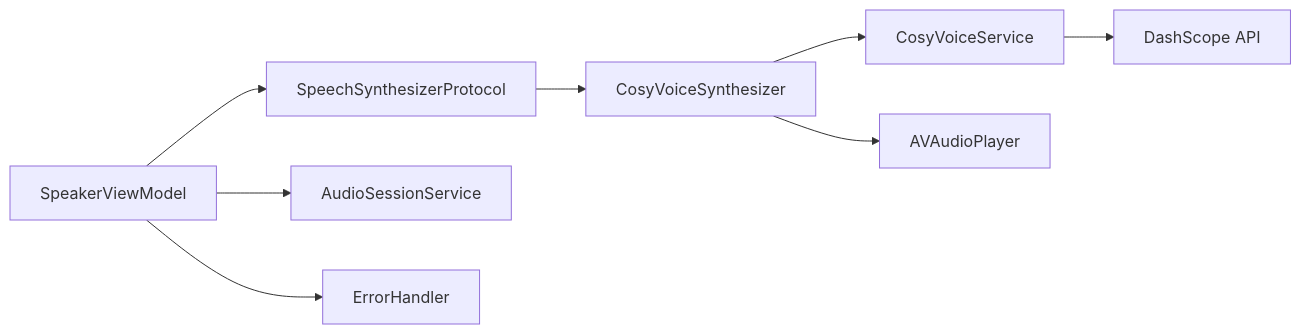
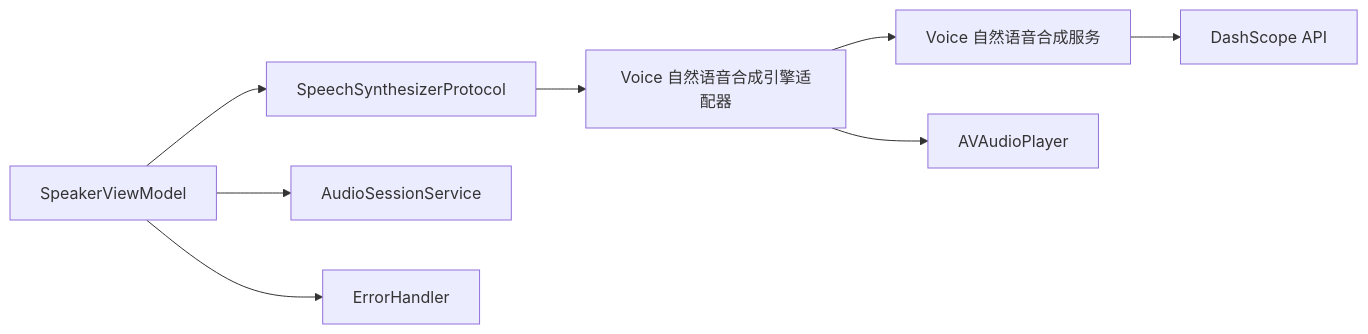
One commit to Primoguo/Knowledge changed the fifth of 5 diagrams in .qoder/repowiki/zh/content/架构设计/服务层设计/AI 语音合成服务.md. Above: the diagram before and after it, drawn with Mermaid. The commit also changed other lines of this file and 23 other files, not shown here.

Commit message:
refactor: remove CosyVoice TTS engine, keep Edge TTS + system TTS only

````diff
--- a/.qoder/repowiki/zh/content/架构设计/服务层设计/AI 语音合成服务.md
+++ b/.qoder/repowiki/zh/content/架构设计/服务层设计/AI 语音合成服务.md
@@ -321,10 +338,10 @@
 ```mermaid
 graph LR
 VM["SpeakerViewModel"] --> Proto["SpeechSynthesizerProtocol"]
-Proto --> Synth["CosyVoiceSynthesizer"]
-Synth --> Svc["CosyVoiceService"]
+Proto --> Synth["Voice 自然语音合成引擎适配器"]
+Synth --> Svc["Voice 自然语音合成服务"]
 Svc --> DS["DashScope API"]
 Synth --> Player["AVAudioPlayer"]
 VM --> AudioSess["AudioSessionService"]
 VM --> ErrHdl["ErrorHandler"]
 ```
````
